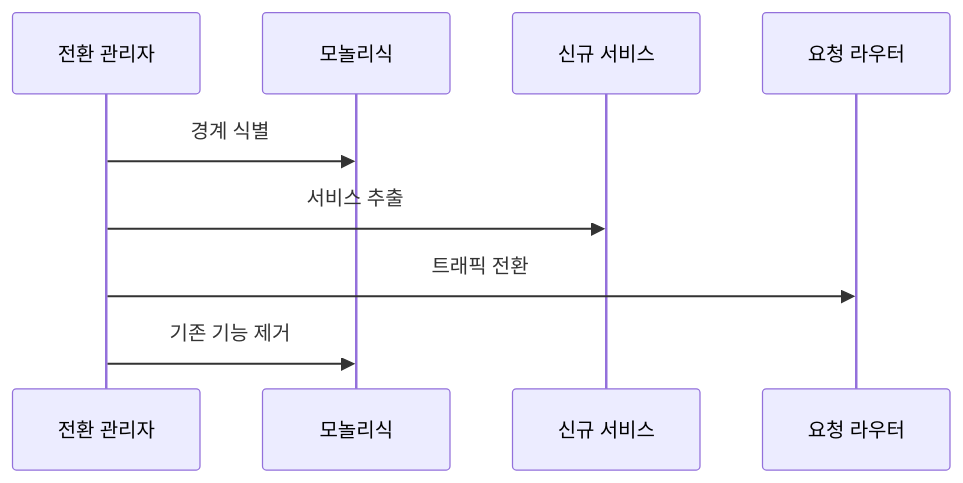
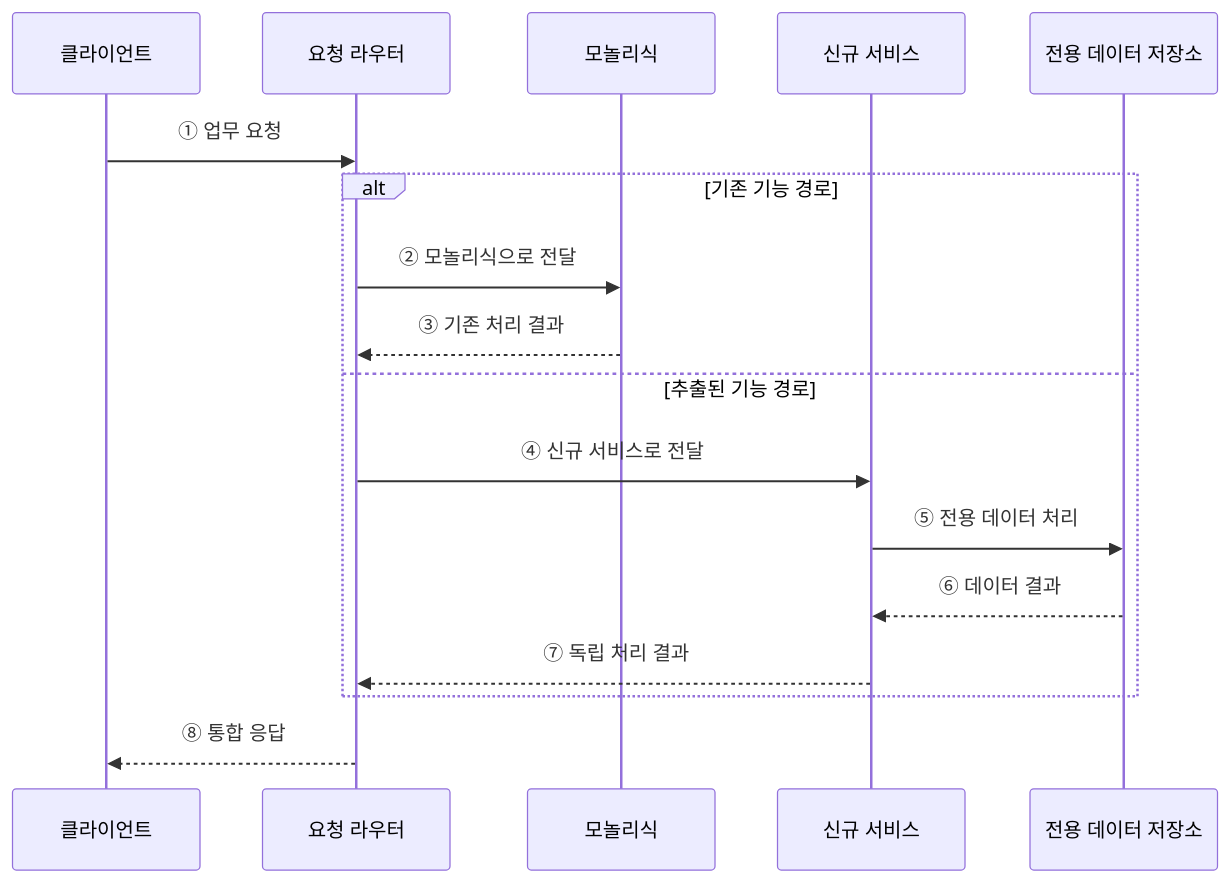
The second of 2 diagrams in src/content/docs/notes/03-software/051_monolith_vs_microservice.md (agnusdei1207/knowledge-base), drawn with Mermaid before and after one commit. The commit also changed other lines of this file and 20 other files, not shown here.

````diff
--- a/src/content/docs/notes/03-software/051_monolith_vs_microservice.md
+++ b/src/content/docs/notes/03-software/051_monolith_vs_microservice.md
@@ -92,11 +83,19 @@
 ```mermaid
 sequenceDiagram
-    participant O as 전환 관리자
+    participant C as 클라이언트
+    participant R as 요청 라우터
     participant M as 모놀리식
     participant S as 신규 서비스
-    participant R as 요청 라우터
-    O->>M: 경계 식별
-    O->>S: 서비스 추출
-    O->>R: 트래픽 전환
-    O->>M: 기존 기능 제거
+    participant D as 전용 데이터 저장소
+    C->>R: ① 업무 요청
+    alt 기존 기능 경로
+        R->>M: ② 모놀리식으로 전달
+        M-->>R: ③ 기존 처리 결과
+    else 추출된 기능 경로
+        R->>S: ④ 신규 서비스로 전달
+        S->>D: ⑤ 전용 데이터 처리
+        D-->>S: ⑥ 데이터 결과
+        S-->>R: ⑦ 독립 처리 결과
+    end
+    R-->>C: ⑧ 통합 응답
 ```
````
